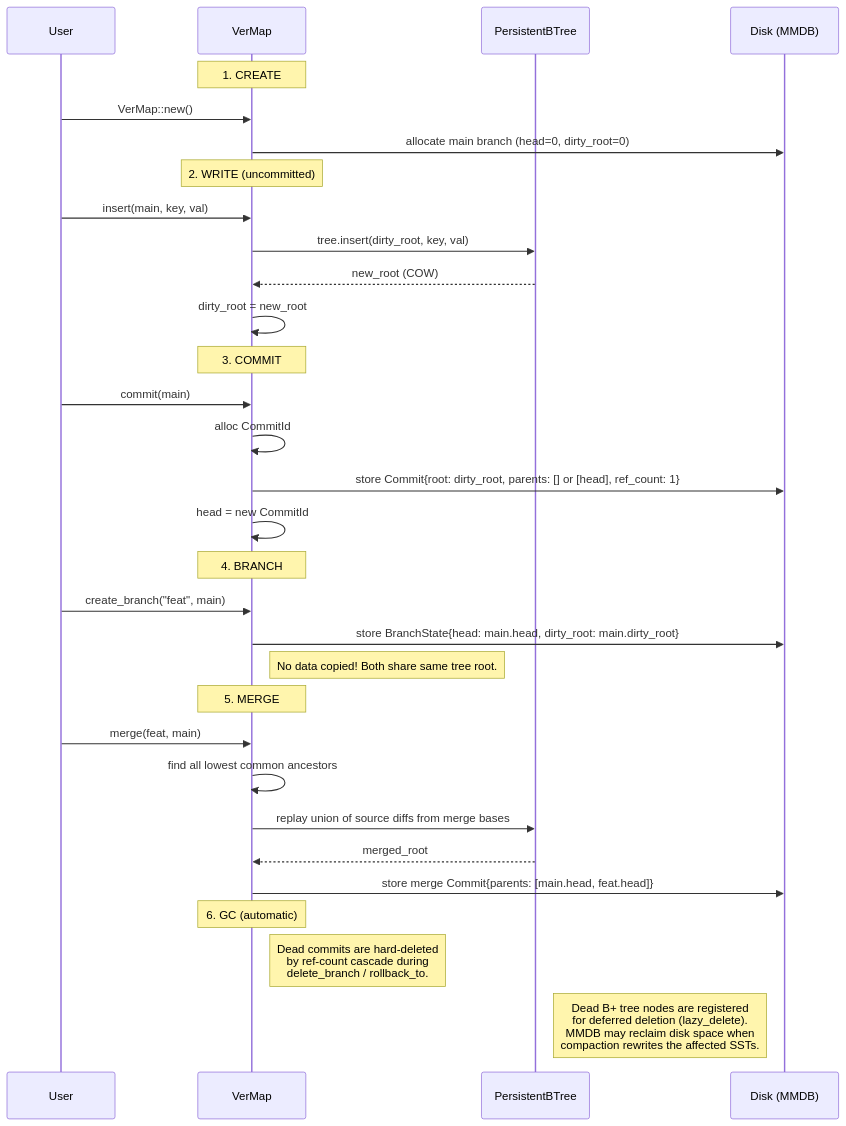
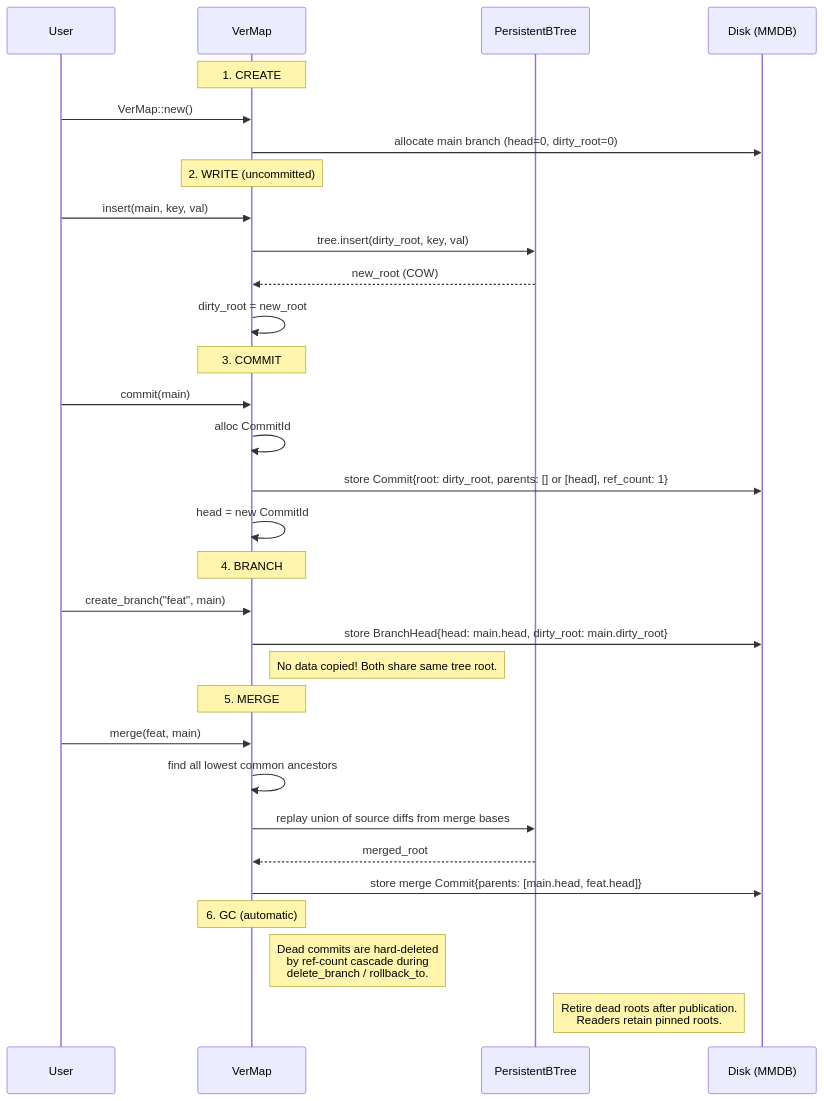
The fifth of 17 diagrams in strata/docs/versioned.md (rust-util-collections/vsdb), drawn with Mermaid before and after one commit. The commit also changed other lines of this file and 155 other files, not shown here.

````diff
--- a/strata/docs/versioned.md
+++ b/strata/docs/versioned.md
@@ -161,39 +162,39 @@
 ```mermaid
 sequenceDiagram
     participant U as User
     participant V as VerMap
     participant T as PersistentBTree
     participant D as Disk (MMDB)
 
     Note over V: 1. CREATE
     U->>V: VerMap::new()
     V->>D: allocate main branch (head=0, dirty_root=0)
 
     Note over V: 2. WRITE (uncommitted)
     U->>V: insert(main, key, val)
     V->>T: tree.insert(dirty_root, key, val)
     T-->>V: new_root (COW)
     V->>V: dirty_root = new_root
 
     Note over V: 3. COMMIT
     U->>V: commit(main)
     V->>V: alloc CommitId
     V->>D: store Commit{root: dirty_root, parents: [] or [head], ref_count: 1}
     V->>V: head = new CommitId
 
     Note over V: 4. BRANCH
     U->>V: create_branch("feat", main)
-    V->>D: store BranchState{head: main.head, dirty_root: main.dirty_root}
+    V->>D: store BranchHead{head: main.head, dirty_root: main.dirty_root}
     Note right of V: No data copied! Both share same tree root.
 
     Note over V: 5. MERGE
     U->>V: merge(feat, main)
     V->>V: find all lowest common ancestors
     V->>T: replay union of source diffs from merge bases
     T-->>V: merged_root
     V->>D: store merge Commit{parents: [main.head, feat.head]}
 
     Note over V: 6. GC (automatic)
     Note right of V: Dead commits are hard-deleted<br/>by ref-count cascade during<br/>delete_branch / rollback_to.
-    Note right of T: Dead B+ tree nodes are registered<br/>for deferred deletion (lazy_delete).<br/>MMDB may reclaim disk space when<br/>compaction rewrites the affected SSTs.
+    Note right of T: Retire dead roots after publication.<br/>Readers retain pinned roots.
 ```
````
